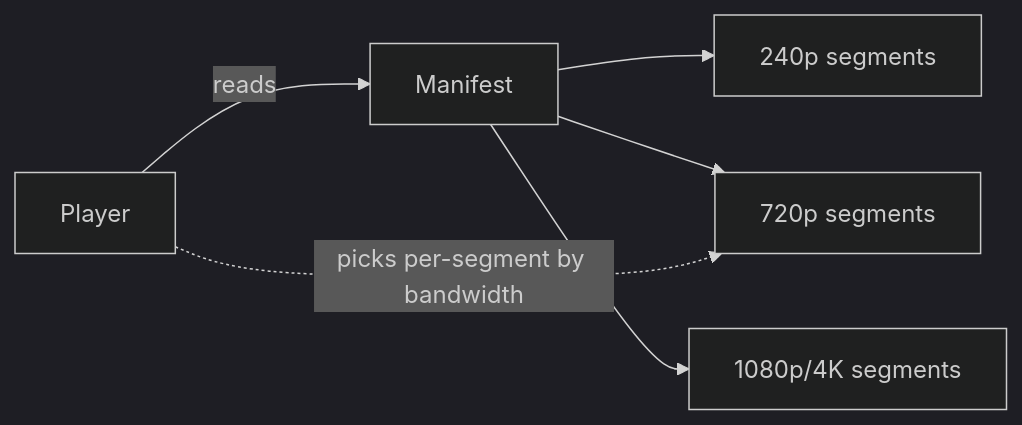
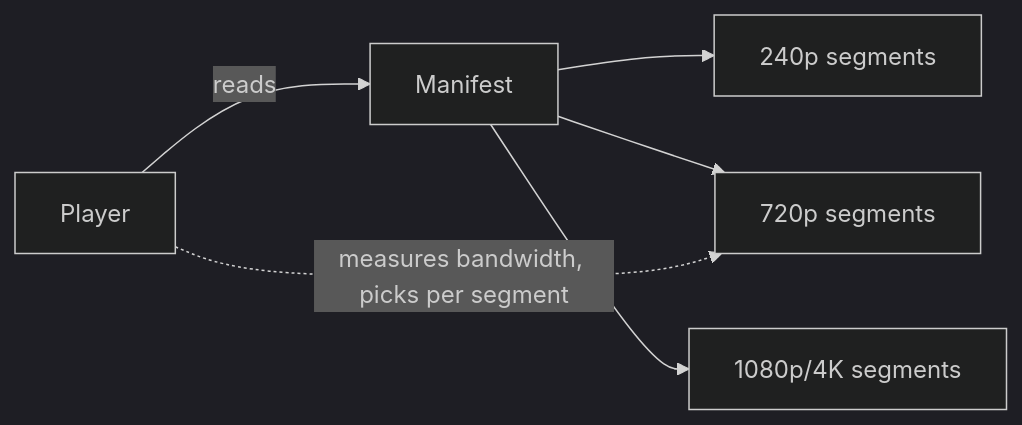
Before and after one commit to hiepgithub2001/swedocs: the second of 3 diagrams in system-design/2-case-studies/video-streaming.md, drawn with Mermaid (dark theme). The commit also changed other lines of this file and 1 other file, not shown here.

Commit message:
Richer per-problem detail: video-streaming, ride-sharing

````diff
--- a/system-design/2-case-studies/video-streaming.md
+++ b/system-design/2-case-studies/video-streaming.md
@@ -89,8 +111,8 @@
 ```mermaid
 flowchart LR
     Player -->|reads| Manifest
     Manifest --> S240[240p segments]
     Manifest --> S720[720p segments]
     Manifest --> S1080[1080p/4K segments]
-    Player -. picks per-segment by bandwidth .-> S720
+    Player -. measures bandwidth, picks per segment .-> S720
 ```
````
